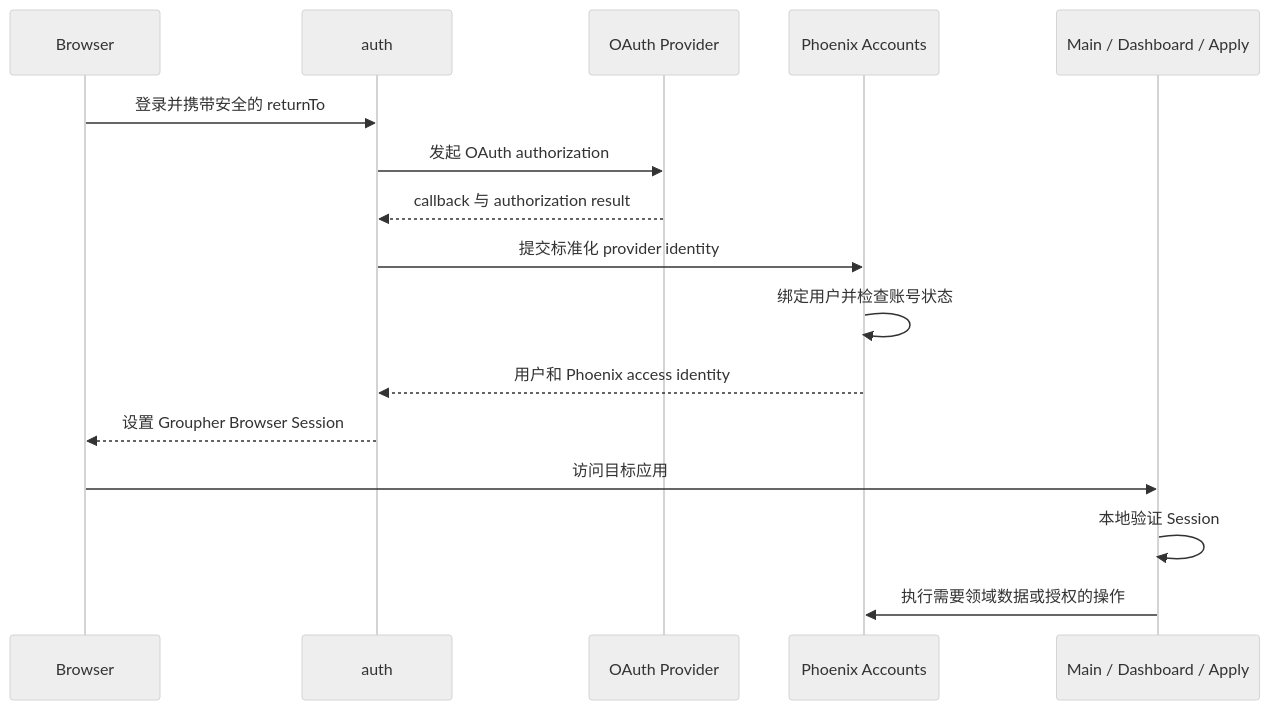
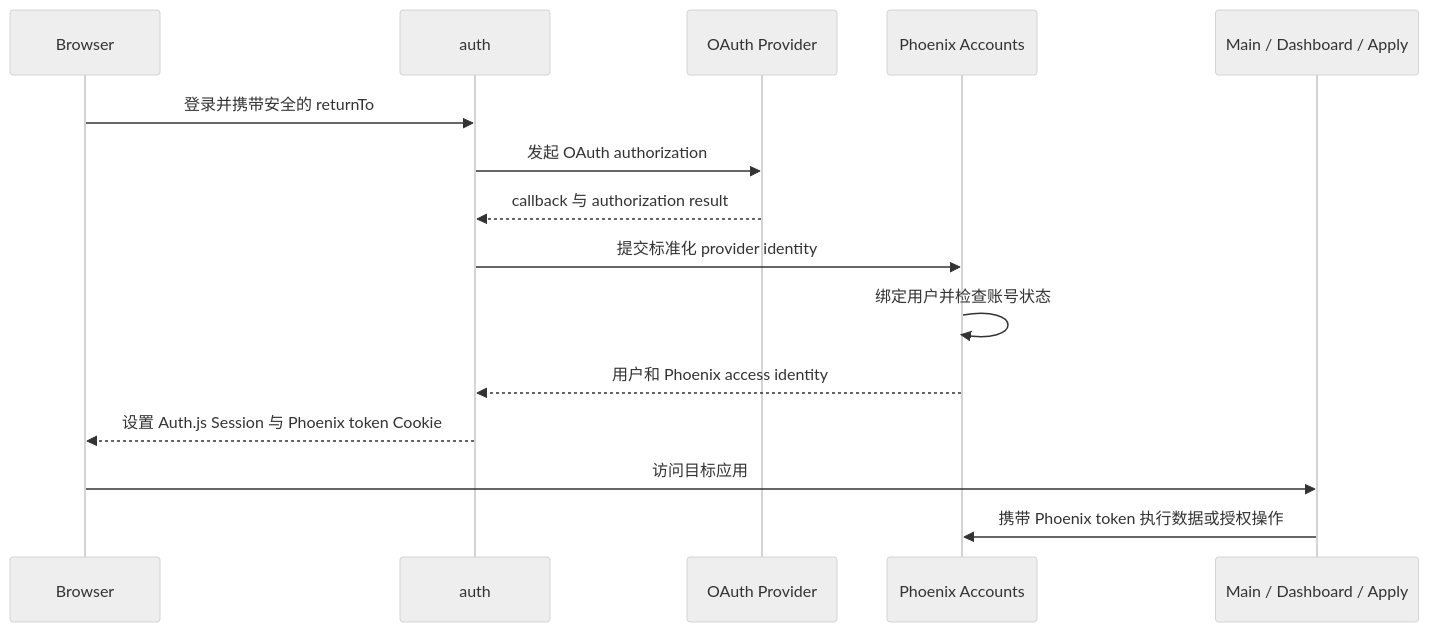
Before and after one commit to groupher/groupher: the diagram in docs/sub-apps/auth.md, drawn with Mermaid (neutral theme). The commit also changed other lines of this file and 155 other files, not shown here.

````diff
--- a/docs/sub-apps/auth.md
+++ b/docs/sub-apps/auth.md
@@ -74,19 +72,18 @@
 ```mermaid
 sequenceDiagram
   participant U as Browser
   participant A as auth
   participant O as OAuth Provider
   participant P as Phoenix Accounts
   participant F as Main / Dashboard / Apply
 
   U->>A: 登录并携带安全的 returnTo
   A->>O: 发起 OAuth authorization
   O-->>A: callback 与 authorization result
   A->>P: 提交标准化 provider identity
   P->>P: 绑定用户并检查账号状态
   P-->>A: 用户和 Phoenix access identity
-  A-->>U: 设置 Groupher Browser Session
+  A-->>U: 设置 Auth.js Session 与 Phoenix token Cookie
   U->>F: 访问目标应用
-  F->>F: 本地验证 Session
-  F->>P: 执行需要领域数据或授权的操作
+  F->>P: 携带 Phoenix token 执行数据或授权操作
 ```
````
